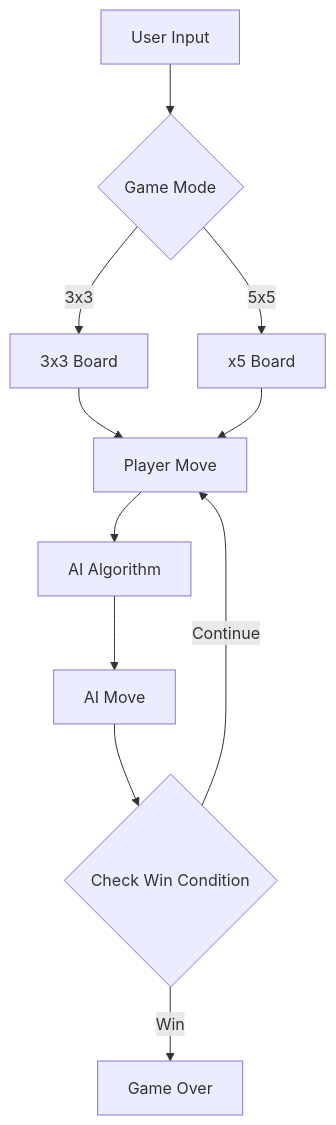
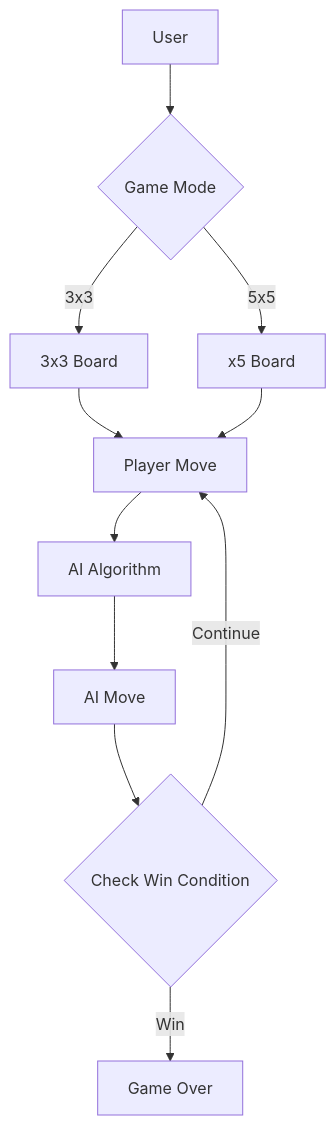
Before and after one commit to rexzea/TicTacToe-AI: the diagram in README.md, drawn with Mermaid.

````diff
--- a/README.md
+++ b/README.md
@@ -70,13 +70,13 @@
 ```mermaid
 graph TD
-    A[User Input] --> B{Game Mode}
+    A[User] --> B{Game Mode}
     B -->|3x3| C[3x3 Board]
     B -->|5x5| D[x5 Board]
     C --> E[Player Move]
     D --> E
     E --> F[AI Algorithm]
     F --> G[AI Move]
     G --> H{Check Win Condition}
     H -->|Win| I[Game Over]
     H -->|Continue| E
 ```
````
